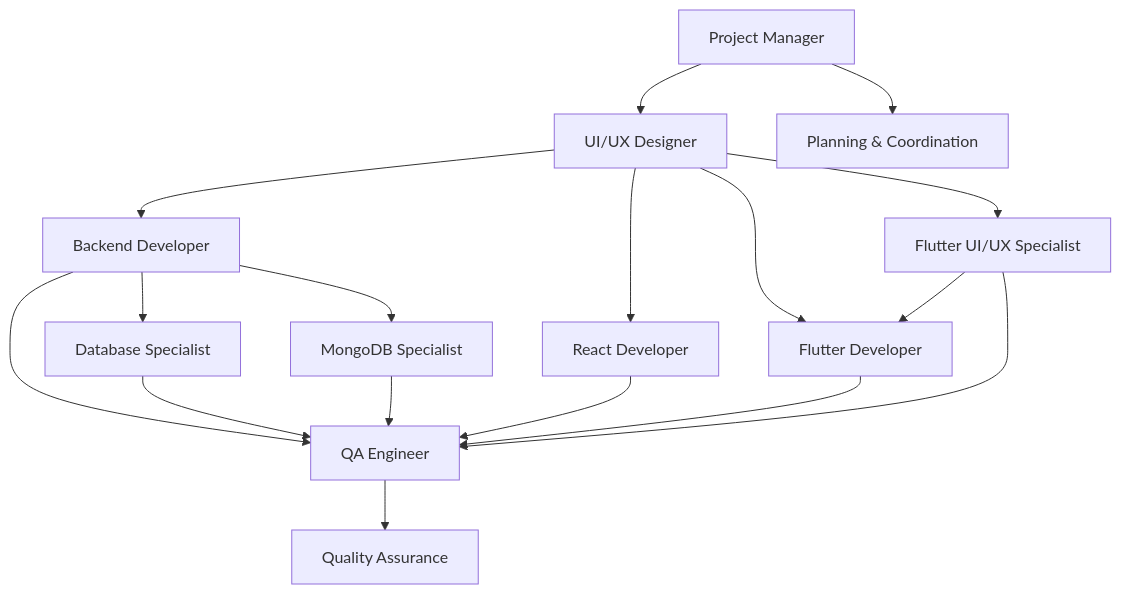
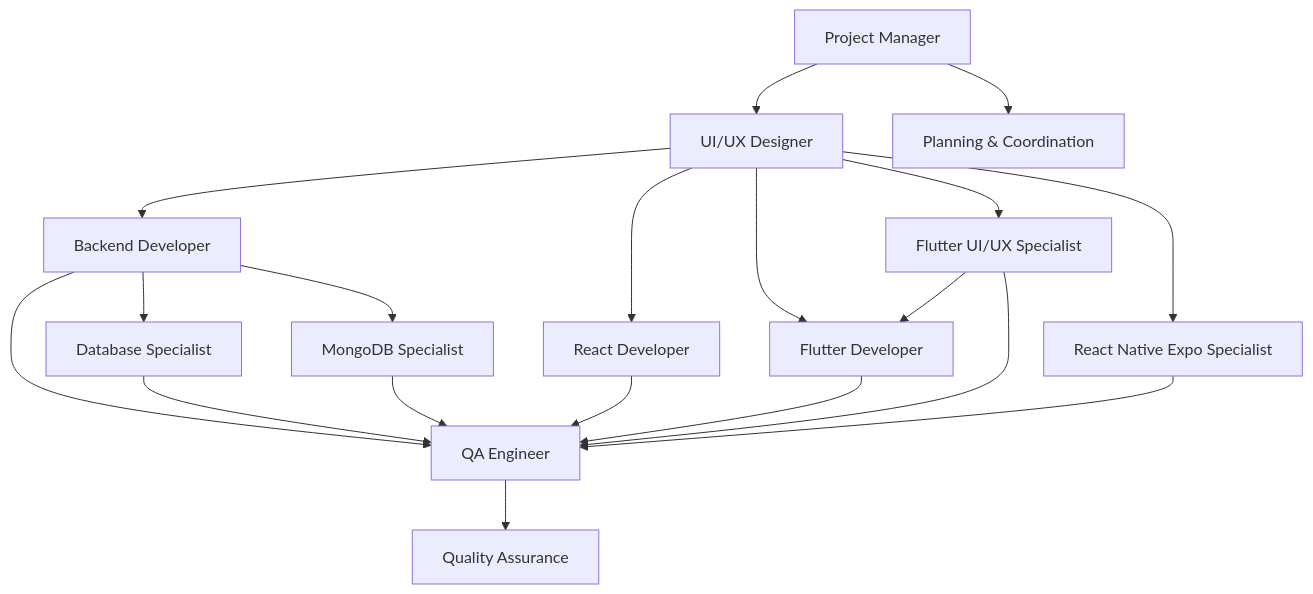
Before and after one commit to tiagofur/template-project: the diagram in agents/README.md, drawn with Mermaid. The commit also changed other lines of this file and 2 other files, not shown here.

Commit message:
Add React Native Expo Specialist Agent with comprehensive documentation

````diff
--- a/agents/README.md
+++ b/agents/README.md
@@ -59,19 +61,21 @@
 ```mermaid
 graph TD
     A[Project Manager] --> B[UI/UX Designer]
     B --> C[Backend Developer]
     C --> D[Database Specialist]
     C --> D2[MongoDB Specialist]
     B --> E[React Developer]
     B --> F[Flutter Developer]
     B --> F2[Flutter UI/UX Specialist]
+    B --> F3[React Native Expo Specialist]
     F2 --> F
     C --> G[QA Engineer]
     D --> G
     D2 --> G
     E --> G
     F --> G
     F2 --> G
+    F3 --> G
     A --> H[Planning & Coordination]
     G --> I[Quality Assurance]
 ```
````
